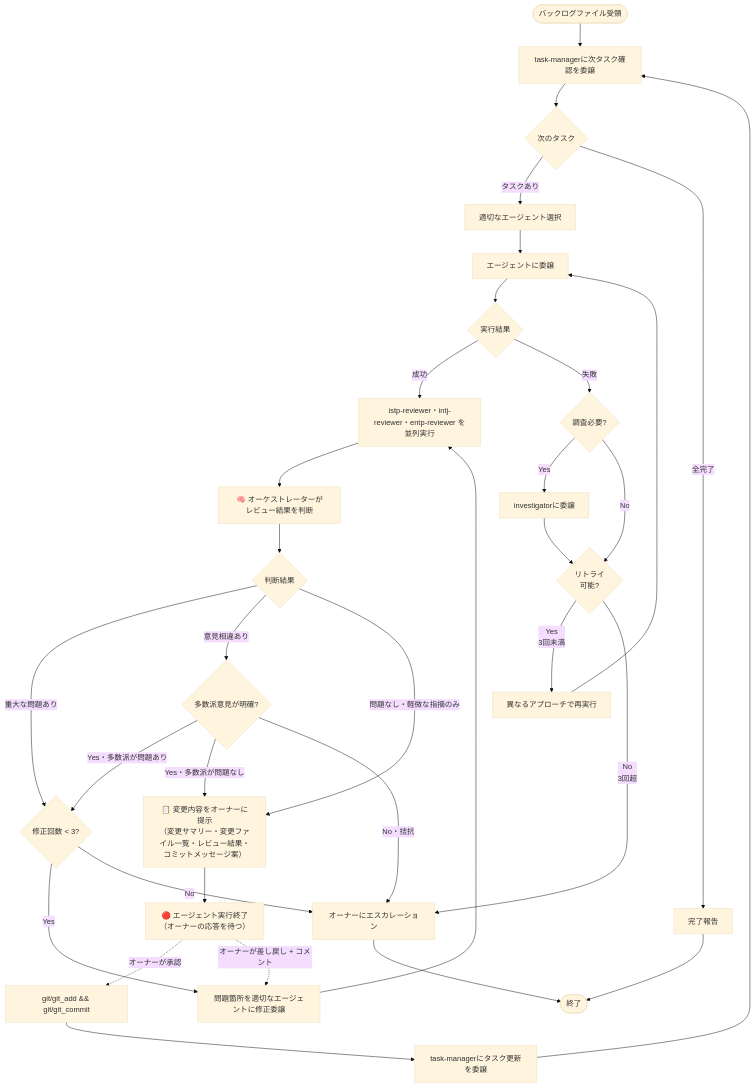
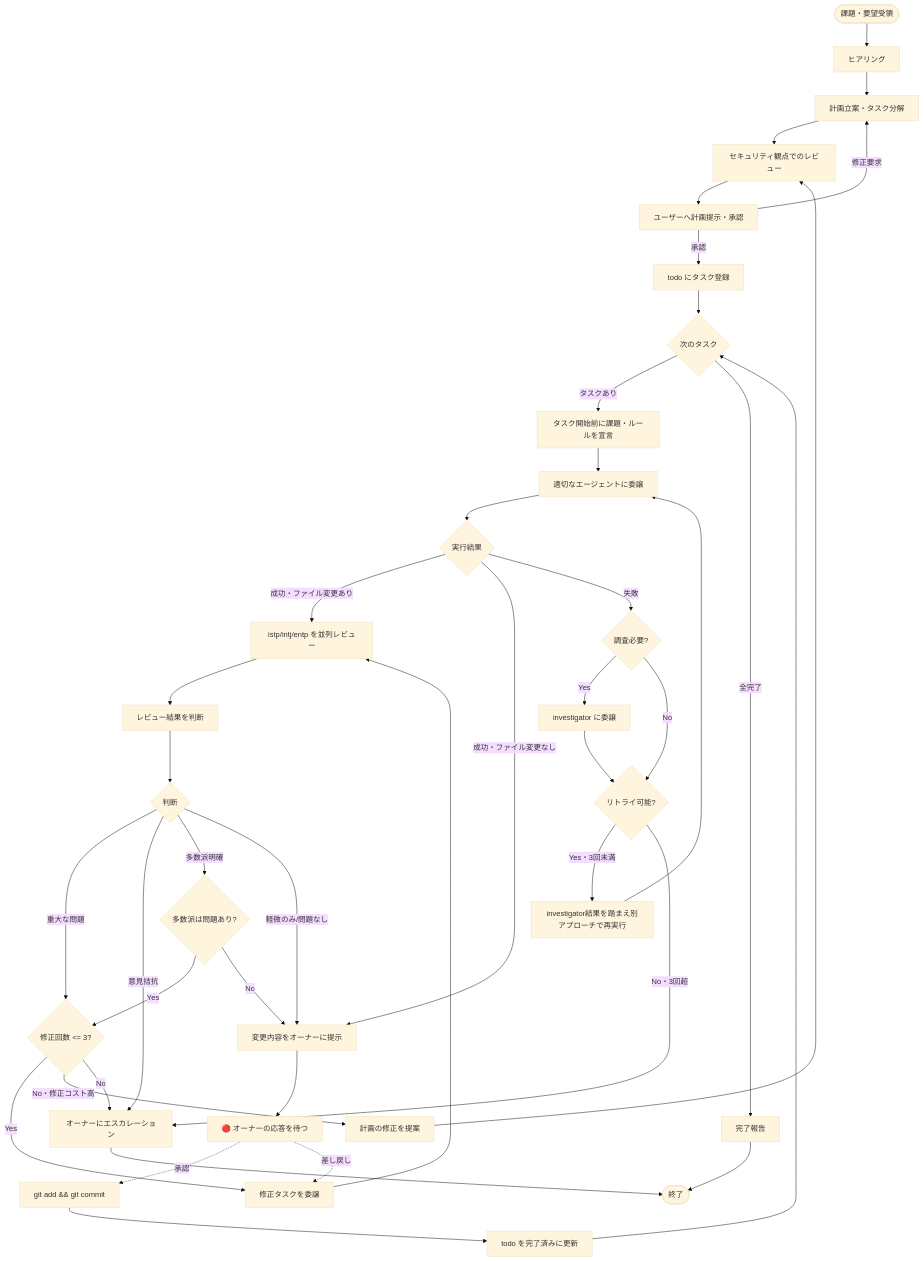
One commit to ichi-h/dotfiles changed the diagram in nix/home/base/cli/copilot-cli/agents/orchestrator.agent.md. Above: the diagram before and after it, drawn with Mermaid (base theme). The commit also changed other lines of this file and 4 other files, not shown here.

````diff
--- a/nix/home/base/cli/copilot-cli/agents/orchestrator.agent.md
+++ b/nix/home/base/cli/copilot-cli/agents/orchestrator.agent.md
@@ -36,41 +37,43 @@
 ```mermaid
 graph TB
-    Start([バックログファイル受領]) --> AskTaskManager[task-managerに次タスク確認を委譲]
-
-    AskTaskManager --> NextTask{次のタスク}
-    NextTask -->|タスクあり| SelectAgent[適切なエージェント選択]
+    Start([課題・要望受領]) --> Hearing[ヒアリング]
+    Hearing --> Planning[計画立案・タスク分解]
+    Planning --> PlanSecurityReview[セキュリティ観点でのレビュー]
+    PlanSecurityReview --> PlanApproval[ユーザーへ計画提示・承認]
+    PlanApproval -->|修正要求| Planning
+    PlanApproval -->|承認| RegisterTodo[todo にタスク登録]
+    RegisterTodo --> NextTask{次のタスク}
+    NextTask -->|タスクあり| DeclareRule[タスク開始前に課題・ルールを宣言]
     NextTask -->|全完了| Report[完了報告]
-
-    SelectAgent --> Execute[エージェントに委譲]
+    DeclareRule --> Execute[適切なエージェントに委譲]
     Execute --> Success{実行結果}
-
-    Success -->|成功| ParallelReview["istp-reviewer・intj-reviewer・entp-reviewer を並列実行"]
-    ParallelReview --> JudgeResult["🧠 オーケストレーターがレビュー結果を判断"]
-    JudgeResult --> ReviewResult{判断結果}
-    ReviewResult -->|重大な問題あり| CheckRetry{修正回数 < 3?}
-    ReviewResult -->|意見相違あり| DisagreementCheck{多数派意見が明確?}
-    DisagreementCheck -->|Yes・多数派が問題あり| CheckRetry
-    DisagreementCheck -->|Yes・多数派が問題なし| OwnerReport
-    DisagreementCheck -->|No・拮抗| Escalate
-    CheckRetry -->|Yes| FixIssues[問題箇所を適切なエージェントに修正委譲]
+    Success -->|成功・ファイル変更あり| ParallelReview[istp/intj/entp を並列レビュー]
+    Success -->|成功・ファイル変更なし| OwnerReport
+    ParallelReview --> JudgeResult[レビュー結果を判断]
+    JudgeResult --> ReviewResult{判断}
+    ReviewResult -->|重大な問題| CheckRetry{修正回数 <= 3?}
+    ReviewResult -->|意見拮抗| Escalate
+    ReviewResult -->|多数派明確| MajorityCheck{多数派は問題あり?}
+    MajorityCheck -->|Yes| CheckRetry
+    MajorityCheck -->|No| OwnerReport
+    ReviewResult -->|軽微のみ/問題なし| OwnerReport
+    CheckRetry -->|Yes| FixIssues[修正タスクを委譲]
+    CheckRetry -->|No・修正コスト高| Replan[計画の修正を提案]
+    Replan --> PlanSecurityReview
     CheckRetry -->|No| Escalate
     FixIssues --> ParallelReview
-    ReviewResult -->|問題なし・軽微な指摘のみ| OwnerReport["📋 変更内容をオーナーに提示\n（変更サマリー・変更ファイル一覧・レビュー結果・コミットメッセージ案）"]
-    OwnerReport --> EndRun["🔴 エージェント実行終了\n（オーナーの応答を待つ）"]
-    EndRun -.->|オーナーが承認| Commit["git/git_add && git/git_commit"]
-    EndRun -.->|オーナーが差し戻し + コメント| FixIssues
-    Commit --> UpdateTask[task-managerにタスク更新を委譲]
-    UpdateTask --> AskTaskManager
-
+    OwnerReport[変更内容をオーナーに提示] --> EndRun[🔴 オーナーの応答を待つ]
+    EndRun -.->|承認| Commit[git add && git commit]
+    EndRun -.->|差し戻し| FixIssues
+    Commit --> UpdateTodo[todo を完了済みに更新]
+    UpdateTodo --> NextTask
     Success -->|失敗| Investigate{調査必要?}
-    Investigate -->|Yes| CallInvestigator[investigatorに委譲]
-    CallInvestigator --> Retry{リトライ<br/>可能?}
+    Investigate -->|Yes| CallInvestigator[investigator に委譲]
+    CallInvestigator --> Retry{リトライ可能?}
     Investigate -->|No| Retry
-
-    Retry -->|Yes<br/>3回未満| Replan[異なるアプローチで再実行]
-    Replan --> Execute
-    Retry -->|No<br/>3回超| Escalate[オーナーにエスカレーション]
-
+    Retry -->|Yes・3回未満| RetryWithNewApproach[investigator結果を踏まえ別アプローチで再実行]
+    RetryWithNewApproach --> Execute
+    Retry -->|No・3回超| Escalate[オーナーにエスカレーション]
     Report --> End([終了])
     Escalate --> End
 ```
````
